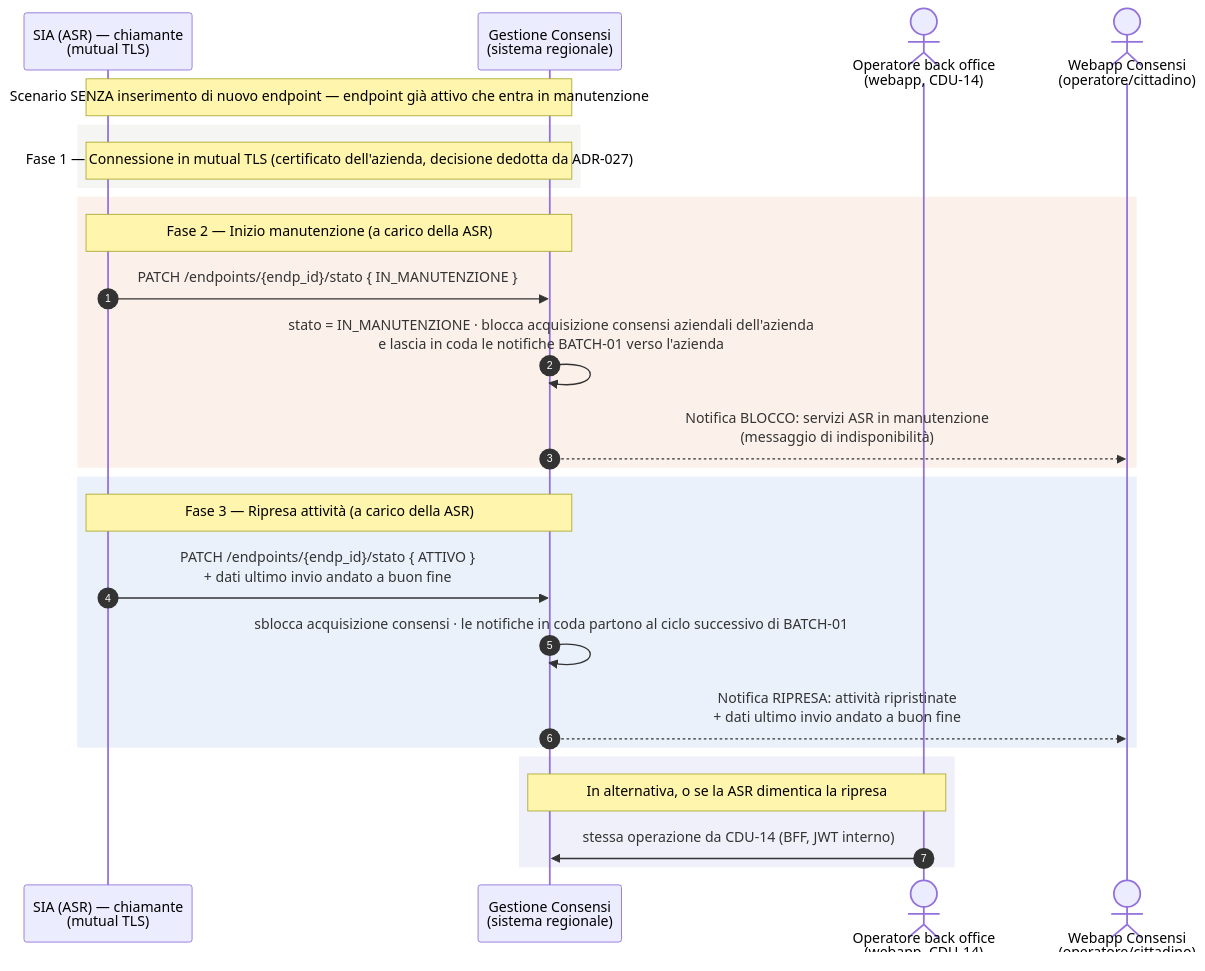
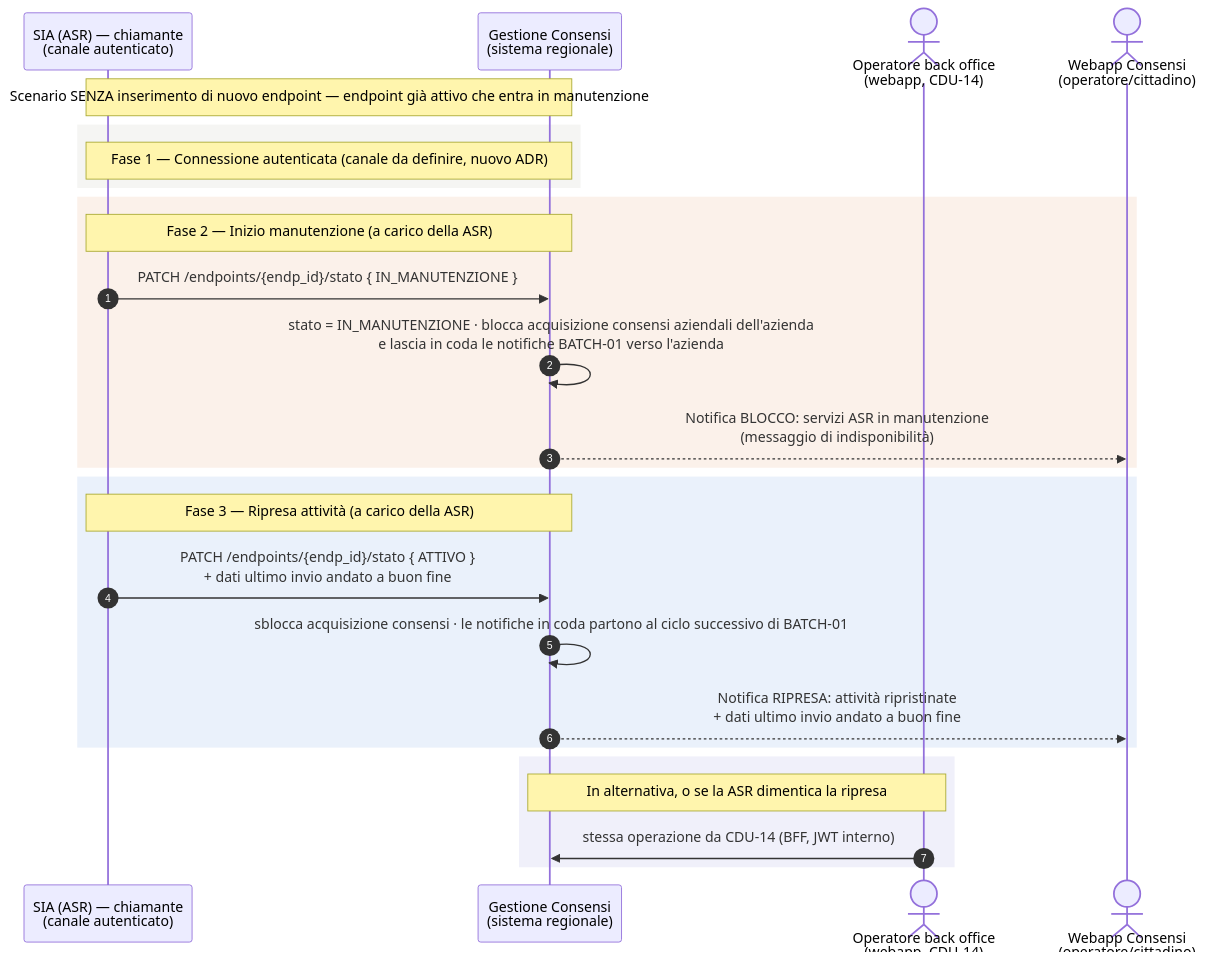
Before and after one commit to caccu/srs_cons_git_exprivia: the second of 2 diagrams in src/site/notes/Manutenzione-endpoint_diagramma-sequenza.md, drawn with Mermaid. The commit also changed other lines of this file and 19 other files, not shown here.

````diff
--- a/src/site/notes/Manutenzione-endpoint_diagramma-sequenza.md
+++ b/src/site/notes/Manutenzione-endpoint_diagramma-sequenza.md
@@ -21,33 +60,33 @@
 ```mermaid
 sequenceDiagram
     autonumber
-    participant SIA as SIA (ASR) — chiamante<br/>(mutual TLS)
+    participant SIA as SIA (ASR) — chiamante<br/>(canale autenticato)
     participant GC as Gestione Consensi<br/>(sistema regionale)
     actor OP as Operatore back office<br/>(webapp, CDU-14)
     actor WEB as Webapp Consensi<br/>(operatore/cittadino)
 
     Note over SIA,GC: Scenario SENZA inserimento di nuovo endpoint — endpoint già attivo che entra in manutenzione
 
     rect rgb(245,245,243)
-    Note over SIA,GC: Fase 1 — Connessione in mutual TLS (certificato dell'azienda, decisione dedotta da ADR-027)
+    Note over SIA,GC: Fase 1 — Connessione autenticata (canale da definire, nuovo ADR)
     end
 
     rect rgb(251,241,234)
     Note over SIA,GC: Fase 2 — Inizio manutenzione (a carico della ASR)
     SIA->>GC: PATCH /endpoints/{endp_id}/stato { IN_MANUTENZIONE }
     GC->>GC: stato = IN_MANUTENZIONE · blocca acquisizione consensi aziendali dell'azienda<br/>e lascia in coda le notifiche BATCH-01 verso l'azienda
     GC-->>WEB: Notifica BLOCCO: servizi ASR in manutenzione<br/>(messaggio di indisponibilità)
     end
 
     rect rgb(234,241,251)
     Note over SIA,GC: Fase 3 — Ripresa attività (a carico della ASR)
     SIA->>GC: PATCH /endpoints/{endp_id}/stato { ATTIVO }<br/>+ dati ultimo invio andato a buon fine
     GC->>GC: sblocca acquisizione consensi · le notifiche in coda partono al ciclo successivo di BATCH-01
     GC-->>WEB: Notifica RIPRESA: attività ripristinate<br/>+ dati ultimo invio andato a buon fine
     end
 
     rect rgb(240,240,250)
     Note over OP,GC: In alternativa, o se la ASR dimentica la ripresa
     OP->>GC: stessa operazione da CDU-14 (BFF, JWT interno)
     end
 ```
````
